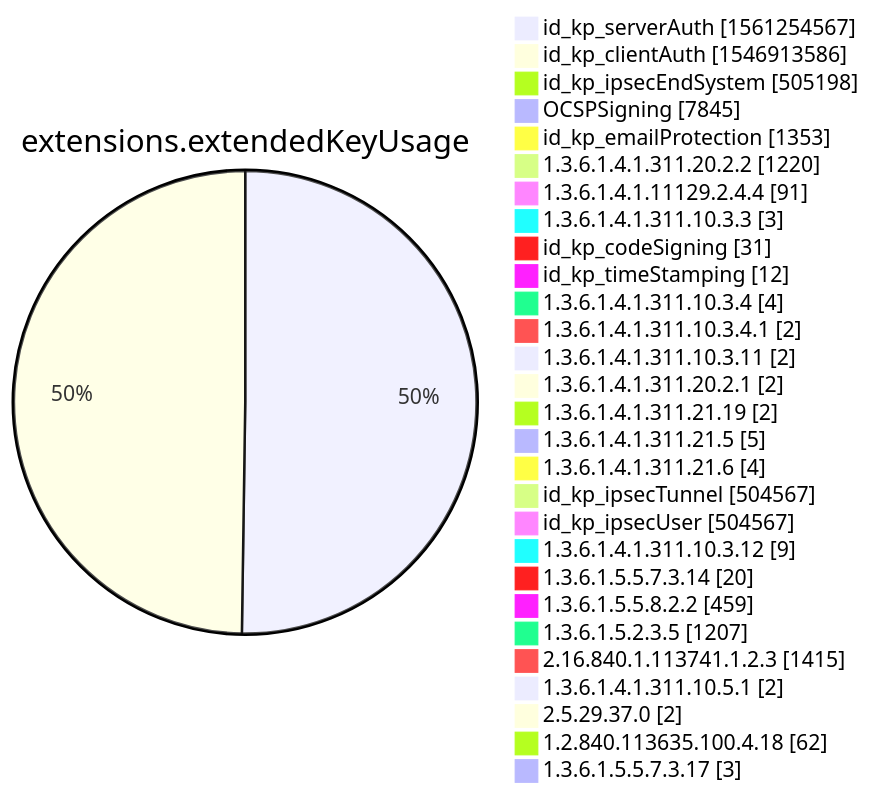
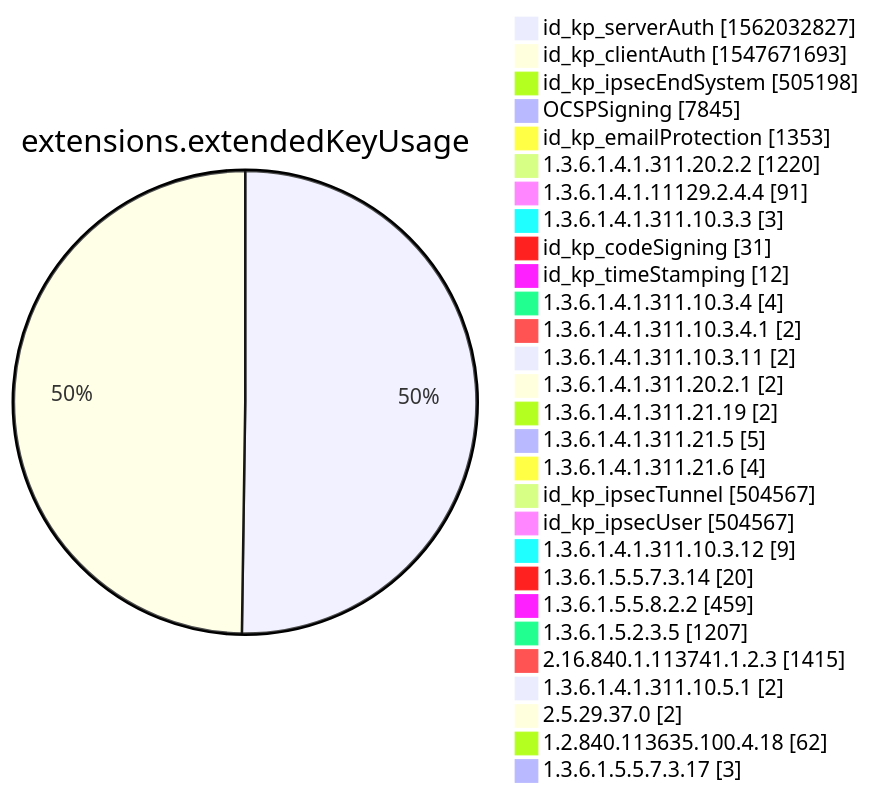
Diagram 12 of 15 in xenon2022/README.md (christiankrug/ctmonitor_visualization), drawn with Mermaid before and after one commit. The commit also changed other lines of this file, not shown here.

````diff
--- a/xenon2022/README.md
+++ b/xenon2022/README.md
@@ -3883,32 +3883,32 @@
 ```mermaid
 pie showData
 title extensions.extendedKeyUsage
-"id_kp_serverAuth" :1561254567
-"id_kp_clientAuth" :1546913586
+"id_kp_serverAuth" :1562032827
+"id_kp_clientAuth" :1547671693
 "id_kp_ipsecEndSystem" :505198
 "OCSPSigning" :7845
 "id_kp_emailProtection" :1353
 "1.3.6.1.4.1.311.20.2.2" :1220
 "1.3.6.1.4.1.11129.2.4.4" :91
 "1.3.6.1.4.1.311.10.3.3" :3
 "id_kp_codeSigning" :31
 "id_kp_timeStamping" :12
 "1.3.6.1.4.1.311.10.3.4" :4
 "1.3.6.1.4.1.311.10.3.4.1" :2
 "1.3.6.1.4.1.311.10.3.11" :2
 "1.3.6.1.4.1.311.20.2.1" :2
 "1.3.6.1.4.1.311.21.19" :2
 "1.3.6.1.4.1.311.21.5" :5
 "1.3.6.1.4.1.311.21.6" :4
 "id_kp_ipsecTunnel" :504567
 "id_kp_ipsecUser" :504567
 "1.3.6.1.4.1.311.10.3.12" :9
 "1.3.6.1.5.5.7.3.14" :20
 "1.3.6.1.5.5.8.2.2" :459
 "1.3.6.1.5.2.3.5" :1207
 "2.16.840.1.113741.1.2.3" :1415
 "1.3.6.1.4.1.311.10.5.1" :2
 "2.5.29.37.0" :2
 "1.2.840.113635.100.4.18" :62
 "1.3.6.1.5.5.7.3.17" :3
 ```
````
